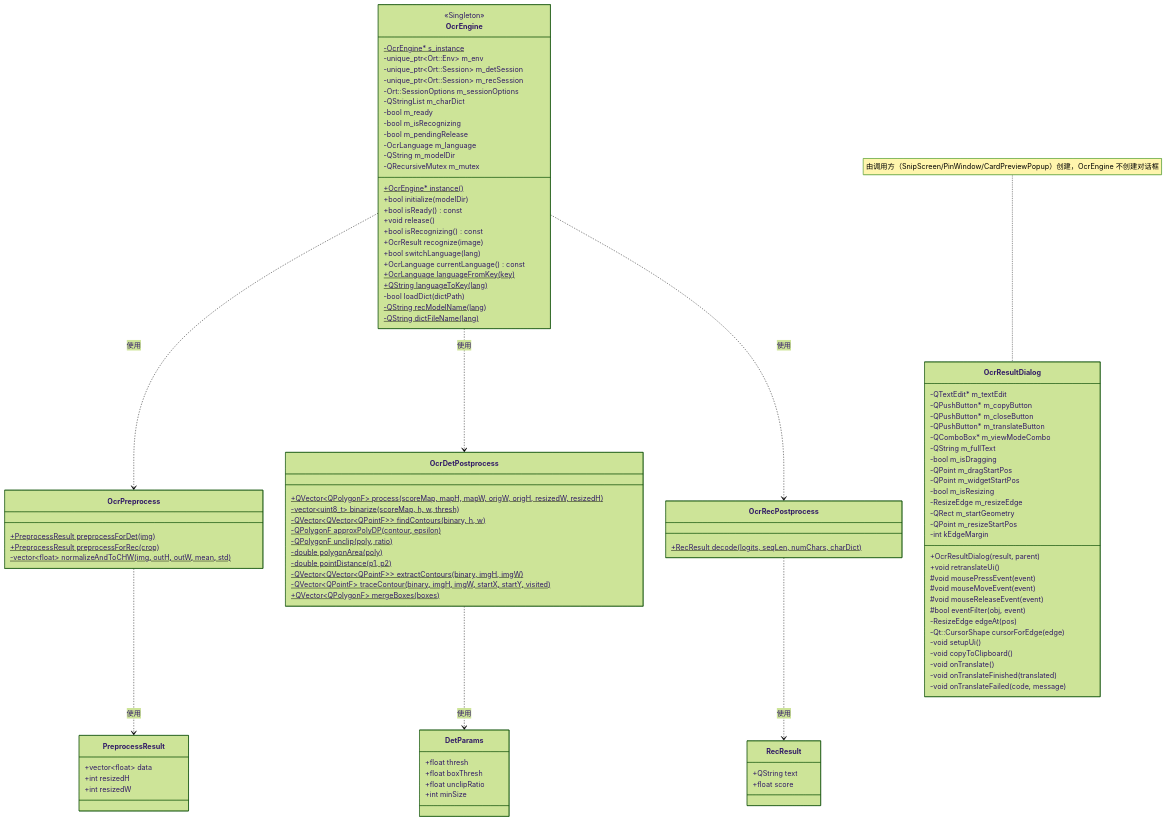
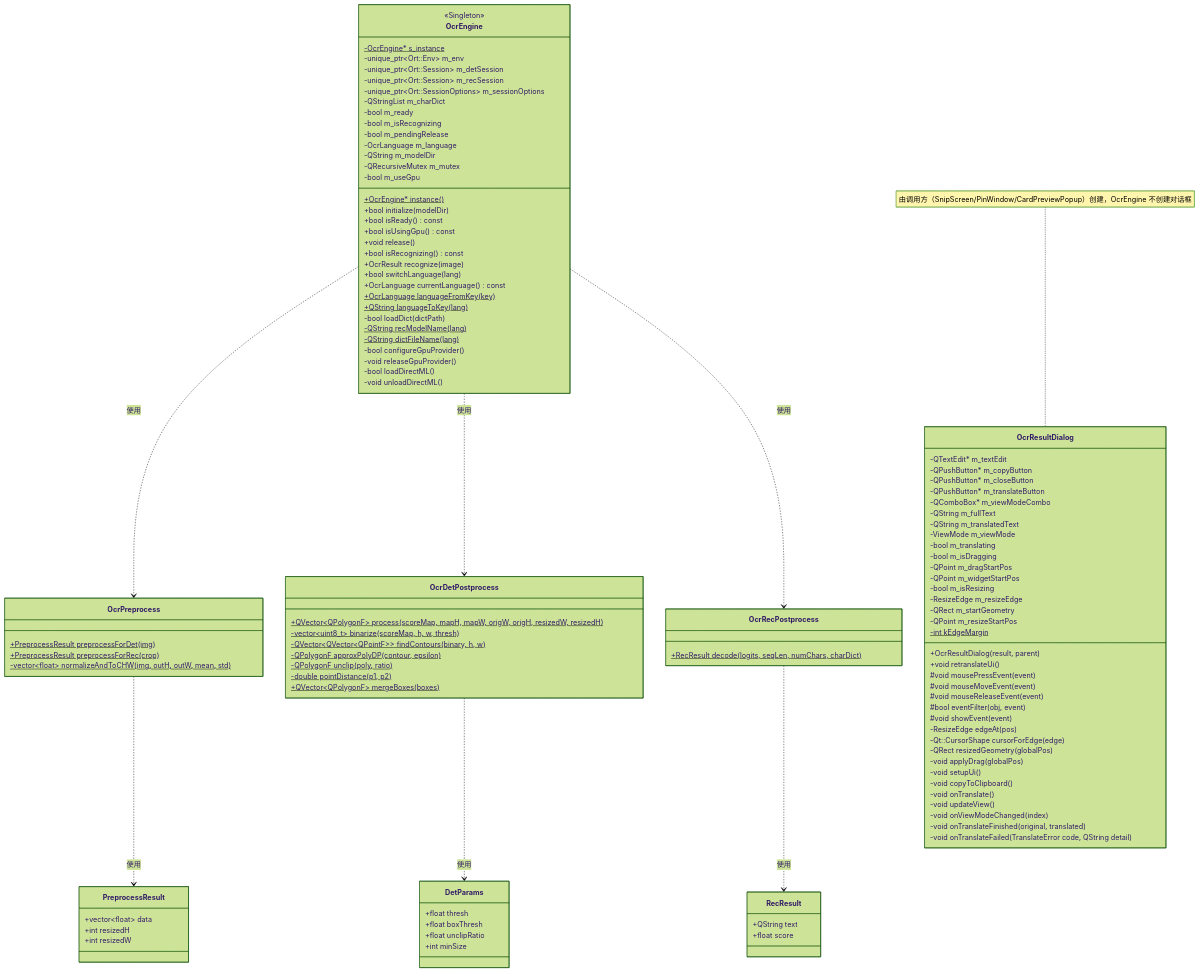
One commit to ChiangyangNPU/quick-shot changed the third of 11 diagrams in docs/ocr.md. Above: the diagram before and after it, drawn with Mermaid (forest theme). The commit also changed other lines of this file and 3 other files, not shown here.

```diff
--- a/docs/ocr.md
+++ b/docs/ocr.md
@@ -152,7 +188,7 @@
         -unique_ptr~Ort::Env~ m_env
         -unique_ptr~Ort::Session~ m_detSession
         -unique_ptr~Ort::Session~ m_recSession
-        -Ort::SessionOptions m_sessionOptions
+        -unique_ptr~Ort::SessionOptions~ m_sessionOptions
         -QStringList m_charDict
         -bool m_ready
         -bool m_isRecognizing
@@ -160,9 +196,11 @@
         -OcrLanguage m_language
         -QString m_modelDir
         -QRecursiveMutex m_mutex
+        -bool m_useGpu
         +OcrEngine* instance()$
         +bool initialize(modelDir)
         +bool isReady() const
+        +bool isUsingGpu() const
         +void release()
         +bool isRecognizing() const
         +OcrResult recognize(image)
@@ -173,6 +211,10 @@
         -bool loadDict(dictPath)
         -QString recModelName(lang)$
         -QString dictFileName(lang)$
+        -bool configureGpuProvider()
+        -void releaseGpuProvider()
+        -bool loadDirectML()
+        -void unloadDirectML()
     }
 
     class PreprocessResult {
@@ -205,10 +247,7 @@
         -QVector~QVector~QPointF~~ findContours(binary, h, w)$
         -QPolygonF approxPolyDP(contour, epsilon)$
         -QPolygonF unclip(poly, ratio)$
-        -double polygonArea(poly)$
         -double pointDistance(p1, p2)$
-        -QVector~QVector~QPointF~~ extractContours(binary, imgH, imgW)$
-        -QVector~QPointF~ traceContour(binary, imgH, imgW, startX, startY, visited)$
         +QVector~QPolygonF~ mergeBoxes(boxes)$
     }
 
@@ -227,6 +266,9 @@
         -QPushButton* m_translateButton
         -QComboBox* m_viewModeCombo
         -QString m_fullText
+        -QString m_translatedText
+        -ViewMode m_viewMode
+        -bool m_translating
         -bool m_isDragging
         -QPoint m_dragStartPos
         -QPoint m_widgetStartPos
@@ -234,20 +276,25 @@
         -ResizeEdge m_resizeEdge
         -QRect m_startGeometry
         -QPoint m_resizeStartPos
-        -int kEdgeMargin
+        -int kEdgeMargin$
         +OcrResultDialog(result, parent)
         +void retranslateUi()
         #void mousePressEvent(event)
         #void mouseMoveEvent(event)
         #void mouseReleaseEvent(event)
         #bool eventFilter(obj, event)
+        #void showEvent(event)
         -ResizeEdge edgeAt(pos)
         -Qt::CursorShape cursorForEdge(edge)
+        -QRect resizedGeometry(globalPos)
+        -void applyDrag(globalPos)
         -void setupUi()
         -void copyToClipboard()
         -void onTranslate()
-        -void onTranslateFinished(translated)
-        -void onTranslateFailed(code, message)
+        -void updateView()
+        -void onViewModeChanged(index)
+        -void onTranslateFinished(original, translated)
+        -void onTranslateFailed(TranslateError code, QString detail)
     }
 
     OcrEngine ..> OcrPreprocess : 使用
```
